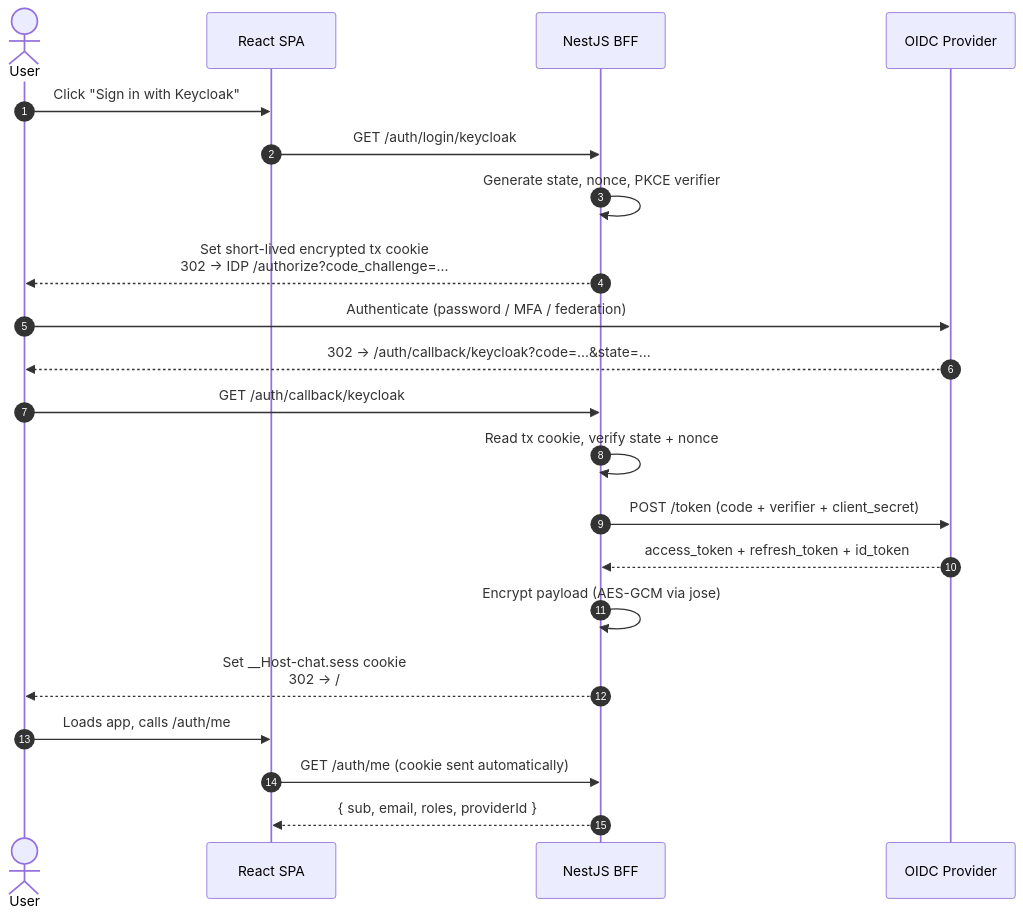
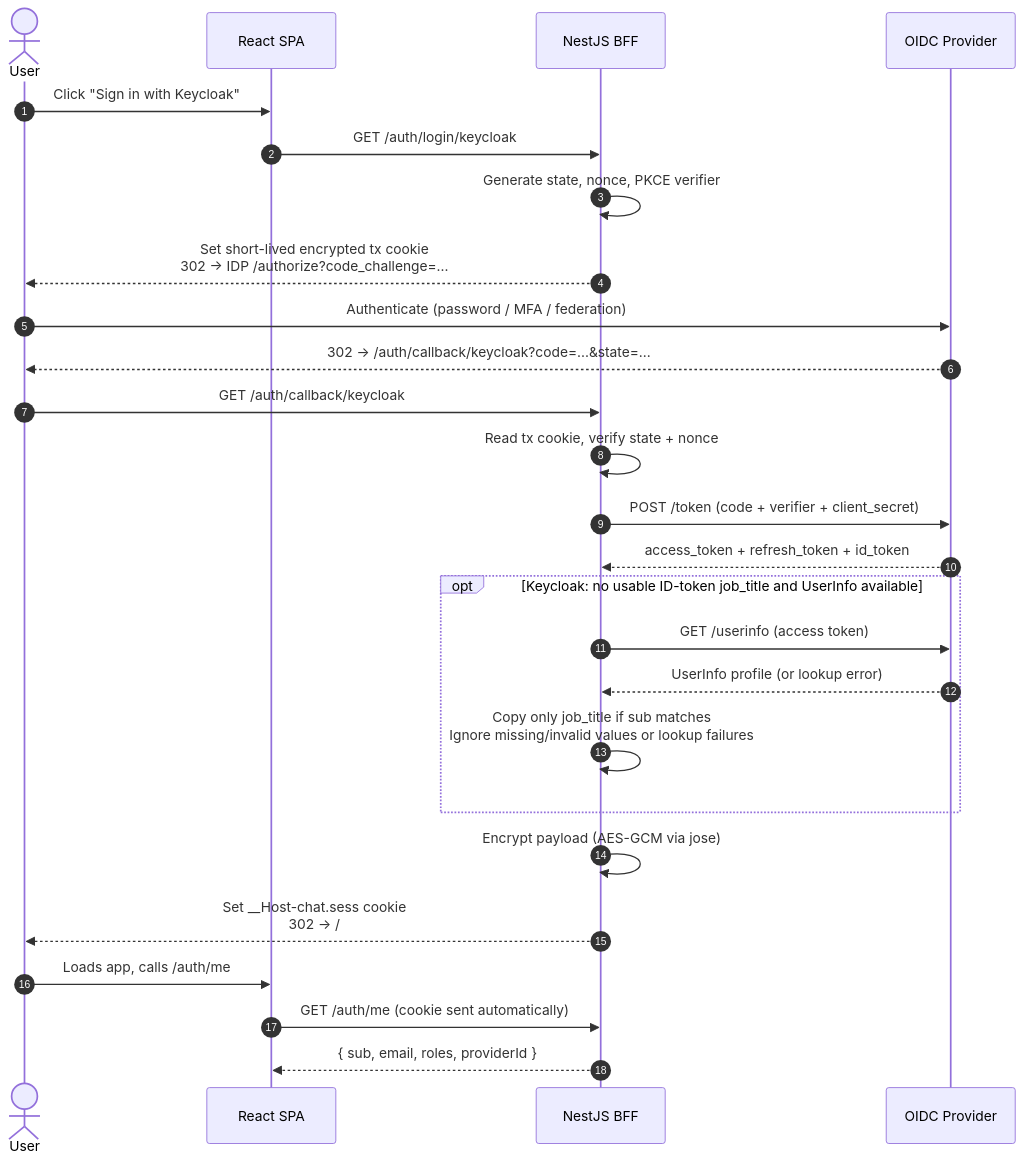
One commit to epam/ai-dial-chat changed the diagram in docs/auth/auth-diagrams/03-login-flow.mmd. Above: the diagram before and after it, drawn with Mermaid. The commit also changed 11 other files, not shown here.

Commit message:
fix(chat-api): restore Keycloak UserInfo job title

```diff
--- a/docs/auth/auth-diagrams/03-login-flow.mmd
+++ b/docs/auth/auth-diagrams/03-login-flow.mmd
@@ -1,26 +1,31 @@
 %% Login flow: Authorization Code + PKCE through the BFF.
 %% Transient tx cookie holds state/nonce/code_verifier during redirect.
 %% Final session cookie is JWE-encrypted with HttpOnly + Secure + SameSite=Lax/None.
 
 sequenceDiagram
     autonumber
     actor U as User
     participant SPA as React SPA
     participant BFF as NestJS BFF
     participant IDP as OIDC Provider
 
     U->>SPA: Click "Sign in with Keycloak"
     SPA->>BFF: GET /auth/login/keycloak
     BFF->>BFF: Generate state, nonce, PKCE verifier
     BFF-->>U: Set short-lived encrypted tx cookie<br/>302 -> IDP /authorize?code_challenge=...
     U->>IDP: Authenticate (password / MFA / federation)
     IDP-->>U: 302 -> /auth/callback/keycloak?code=...&state=...
     U->>BFF: GET /auth/callback/keycloak
     BFF->>BFF: Read tx cookie, verify state + nonce
     BFF->>IDP: POST /token (code + verifier + client_secret)
     IDP-->>BFF: access_token + refresh_token + id_token
+    opt Keycloak: no usable ID-token job_title and UserInfo available
+        BFF->>IDP: GET /userinfo (access token)
+        IDP-->>BFF: UserInfo profile (or lookup error)
+        BFF->>BFF: Copy only job_title if sub matches<br/>Ignore missing/invalid values or lookup failures
+    end
     BFF->>BFF: Encrypt payload (AES-GCM via jose)
     BFF-->>U: Set __Host-chat.sess cookie<br/>302 -> /
     U->>SPA: Loads app, calls /auth/me
     SPA->>BFF: GET /auth/me (cookie sent automatically)
     BFF-->>SPA: { sub, email, roles, providerId }
```
